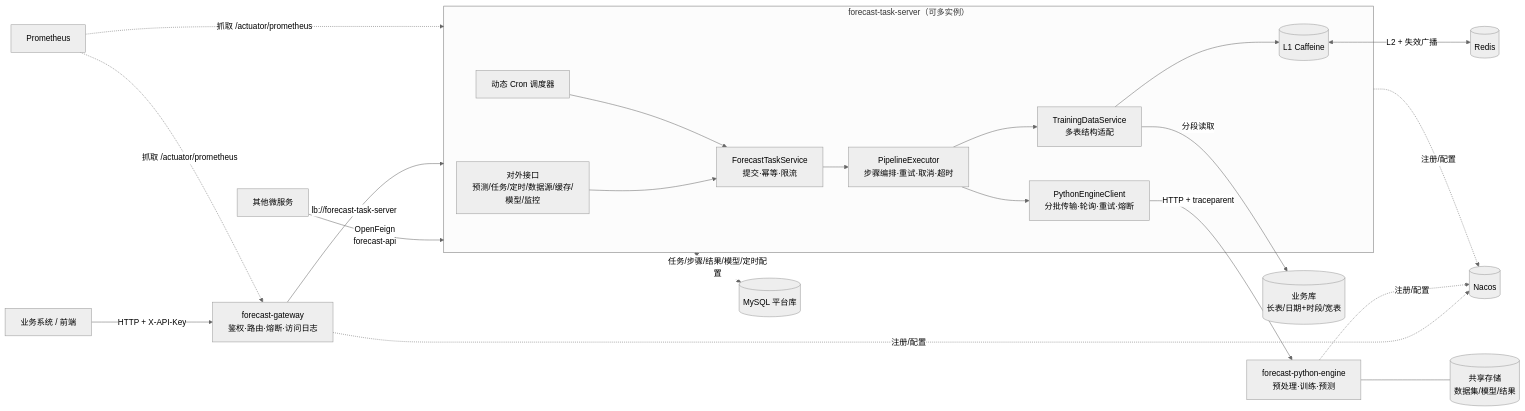
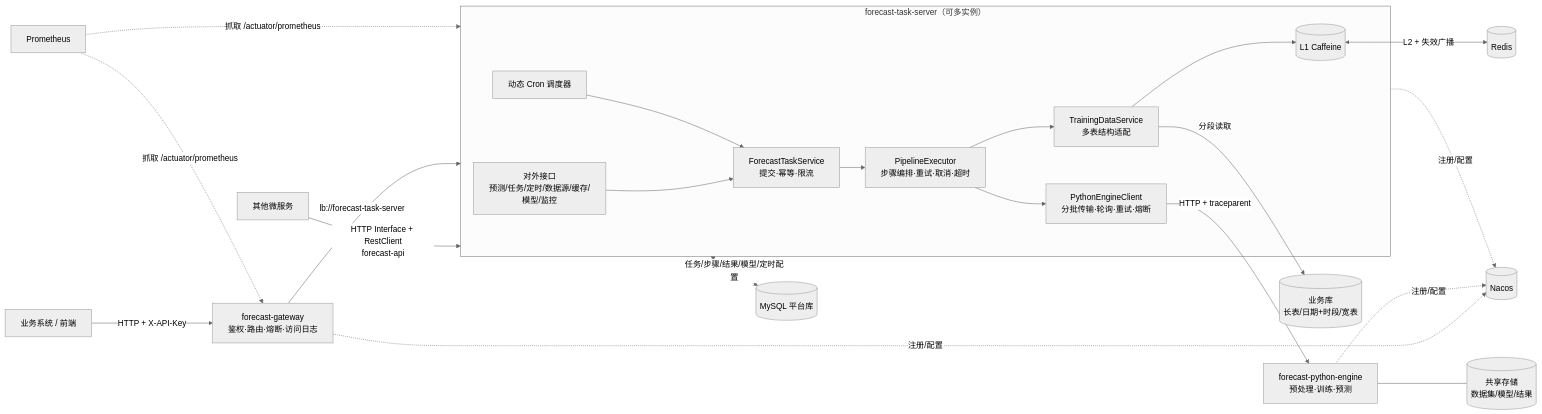
The first of 2 diagrams in docs/ARCHITECTURE.md (sungang1985/forecast-task-scheduling), drawn with Mermaid (neutral theme) before and after one commit. The commit also changed 8 other files, not shown here.

First line of the commit message:
Replace OpenFeign client with Spring HTTP Interface client

````diff
--- a/docs/ARCHITECTURE.md
+++ b/docs/ARCHITECTURE.md
@@ -5,29 +5,29 @@
 ```mermaid
 flowchart LR
     Client[业务系统 / 前端] -->|HTTP + X-API-Key| GW[forecast-gateway<br/>鉴权·路由·熔断·访问日志]
-    Other[其他微服务] -->|OpenFeign<br/>forecast-api| TS
+    Other[其他微服务] -->|HTTP Interface + RestClient<br/>forecast-api| TS
     GW -->|lb://forecast-task-server| TS
 
     subgraph TS[forecast-task-server（可多实例）]
         API[对外接口<br/>预测/任务/定时/数据源/缓存/模型/监控]
         SCH[动态 Cron 调度器]
         SVC[ForecastTaskService<br/>提交·幂等·限流]
         PIPE[PipelineExecutor<br/>步骤编排·重试·取消·超时]
         DATA[TrainingDataService<br/>多表结构适配]
         CACHE[(L1 Caffeine)]
         ENG[PythonEngineClient<br/>分批传输·轮询·重试·熔断]
         API --> SVC
         SCH --> SVC
         SVC --> PIPE
         PIPE --> DATA --> CACHE
         PIPE --> ENG
     end
 
     DATA -->|分段读取| BIZ[(业务库<br/>长表/日期+时段/宽表)]
     CACHE <-->|L2 + 失效广播| REDIS[(Redis)]
     TS <-->|任务/步骤/结果/模型/定时配置| DB[(MySQL 平台库)]
     ENG -->|HTTP + traceparent| PY[forecast-python-engine<br/>预处理·训练·预测]
     PY --- STORE[(共享存储<br/>数据集/模型/结果)]
     TS & GW & PY -.注册/配置.-> NACOS[(Nacos)]
     PROM[Prometheus] -.抓取 /actuator/prometheus.-> TS & GW
 ```
````
